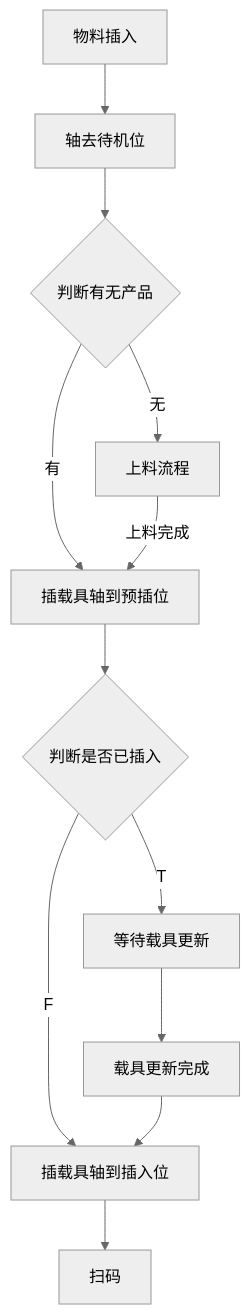
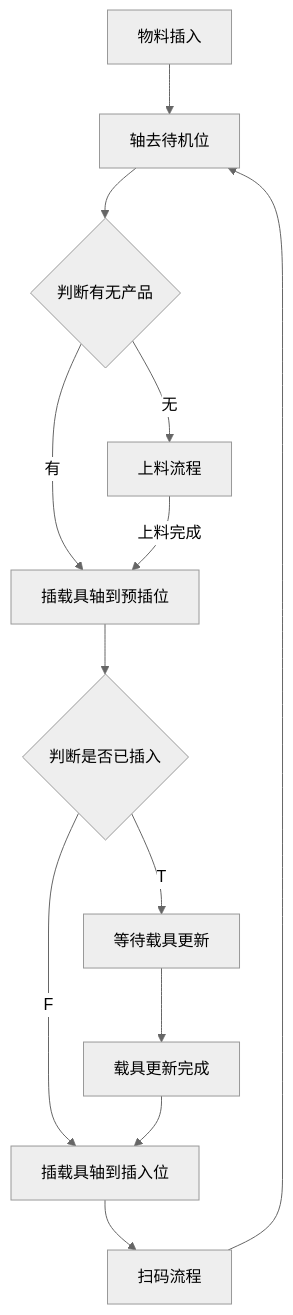
The diagram in all/VR-OP90物料插入.md (zmq000/iodraw-files), drawn with Mermaid (neutral theme) before and after one commit.

Commit message:
2026-06-18 16:20:23 update

````diff
--- a/all/VR-OP90物料插入.md
+++ b/all/VR-OP90物料插入.md
@@ -1,15 +1,15 @@
 ```mermaid
 graph TD
 0[物料插入]-->10
 10[轴去待机位]-->20
 20{判断有无产品}-->|无|30
 20--->|有|60
 30[上料流程]-->|上料完成|60
 60[插载具轴到预插位]-->70
 70{判断是否已插入}--->|F|80
 70-->|T|100
 80[插载具轴到插入位]-->200
 100[等待载具更新]-->110
 110[载具更新完成]-->80
-200[扫码]
+200[扫码流程]-->10
 ```
````
